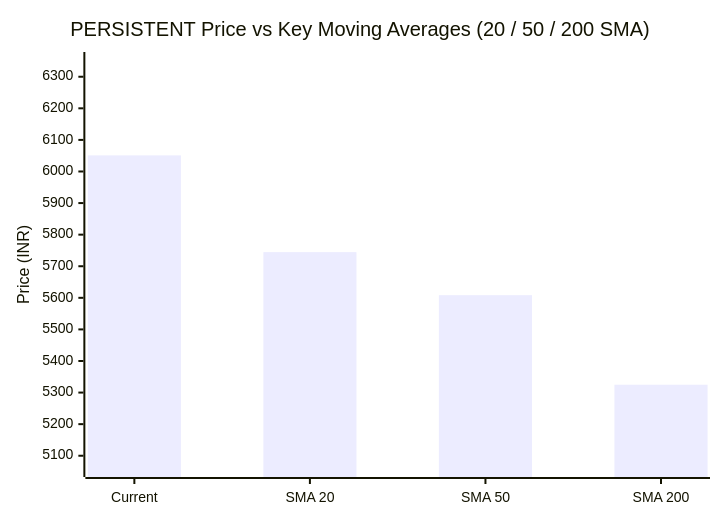
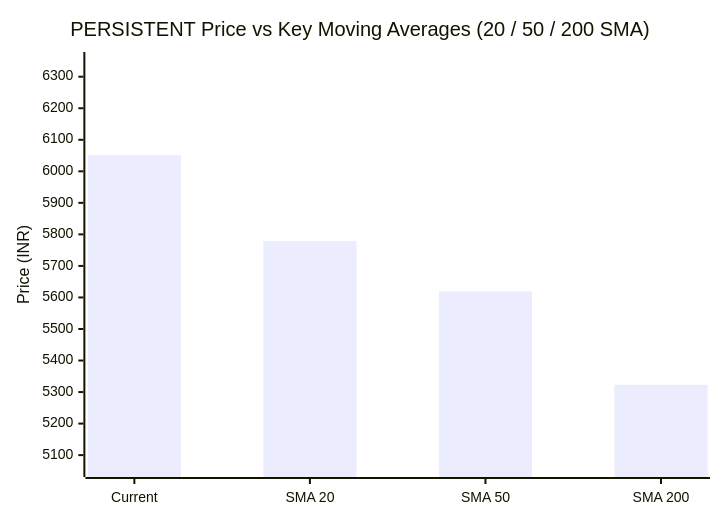
Before and after one commit to purnareddy9/dev: the second of 2 diagrams in market-intelligence/stocks/PERSISTENT/history/2026-11-02.md, drawn with Mermaid. The commit also changed other lines of this file and 5 other files, not shown here.

Commit message:
feat: add live official NSE FII/DII cash flow tracking, fix markdown rendering, and maintain PERSISTENT default

````diff
--- a/market-intelligence/stocks/PERSISTENT/history/2026-11-02.md
+++ b/market-intelligence/stocks/PERSISTENT/history/2026-11-02.md
@@ -52,7 +52,7 @@
 ```mermaid
 xychart-beta
     title "PERSISTENT Price vs Key Moving Averages (20 / 50 / 200 SMA)"
     x-axis ["Current", "SMA 20", "SMA 50", "SMA 200"]
-    y-axis "Price (INR)" 5058 --> 6353
-    bar [6051.0, 5744.6, 5608.42, 5324.84]
+    y-axis "Price (INR)" 5056 --> 6353
+    bar [6051.0, 5778.8, 5619.24, 5322.88]
 ```
````
